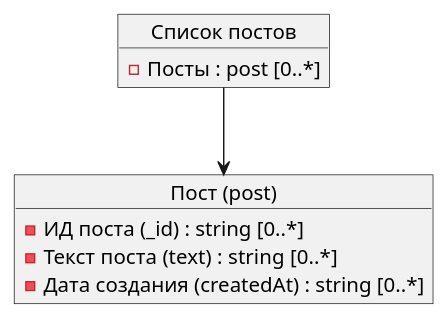
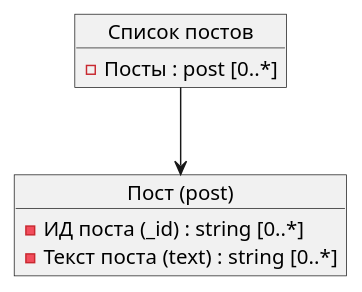
Before and after one commit to ViKt0R-K/plantuml: the diagram in test1.iuml, drawn with PlantUML. The commit also changed other lines of this file, not shown here.

```diff
--- a/test1.iuml
+++ b/test1.iuml
@@ -1,10 +1,9 @@
 object "Список постов" as posts
 object "Пост (post)" as post
 
 posts-->post
 
 posts : -Посты : post [0..*]
 
 post : -ИД поста (_id) : string [0..*]
 post : -Текст поста (text) : string [0..*]
-post : -Дата создания (createdAt) : string [0..*]
```
